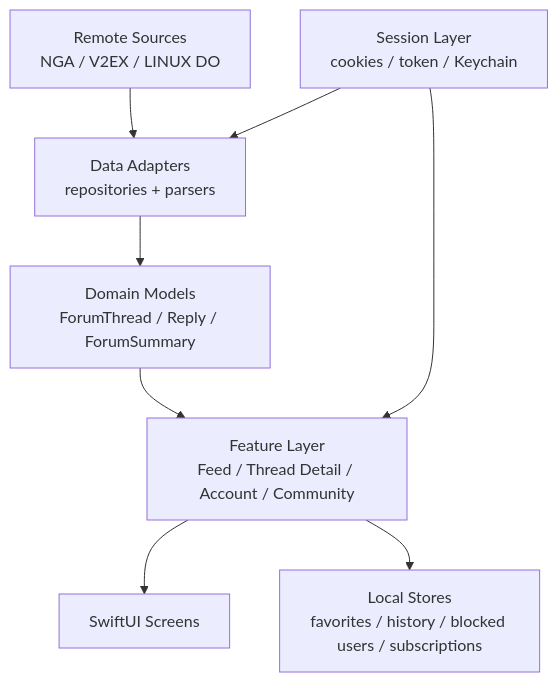
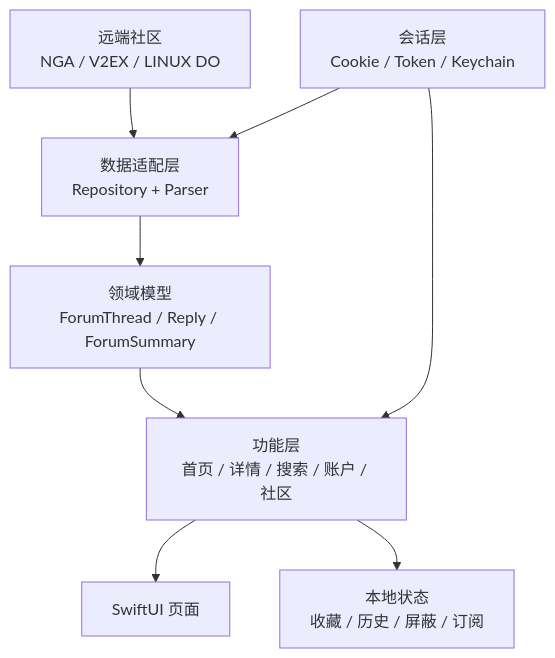
One commit to godmiracle/ForumHub changed the diagram in README.md. Above: the diagram before and after it, drawn with Mermaid. The commit also changed other lines of this file and 5 other files, not shown here.

````diff
--- a/README.md
+++ b/README.md
@@ -98,10 +109,10 @@
 ```mermaid
 flowchart TD
-    A["Remote Sources<br/>NGA / V2EX / LINUX DO"] --> B["Data Adapters<br/>repositories + parsers"]
-    B --> C["Domain Models<br/>ForumThread / Reply / ForumSummary"]
-    C --> D["Feature Layer<br/>Feed / Thread Detail / Account / Community"]
-    D --> E["SwiftUI Screens"]
-    D --> F["Local Stores<br/>favorites / history / blocked users / subscriptions"]
-    G["Session Layer<br/>cookies / token / Keychain"] --> B
+    A["远端社区<br/>NGA / V2EX / LINUX DO"] --> B["数据适配层<br/>Repository + Parser"]
+    B --> C["领域模型<br/>ForumThread / Reply / ForumSummary"]
+    C --> D["功能层<br/>首页 / 详情 / 搜索 / 账户 / 社区"]
+    D --> E["SwiftUI 页面"]
+    D --> F["本地状态<br/>收藏 / 历史 / 屏蔽 / 订阅"]
+    G["会话层<br/>Cookie / Token / Keychain"] --> B
     G --> D
 ```
````
